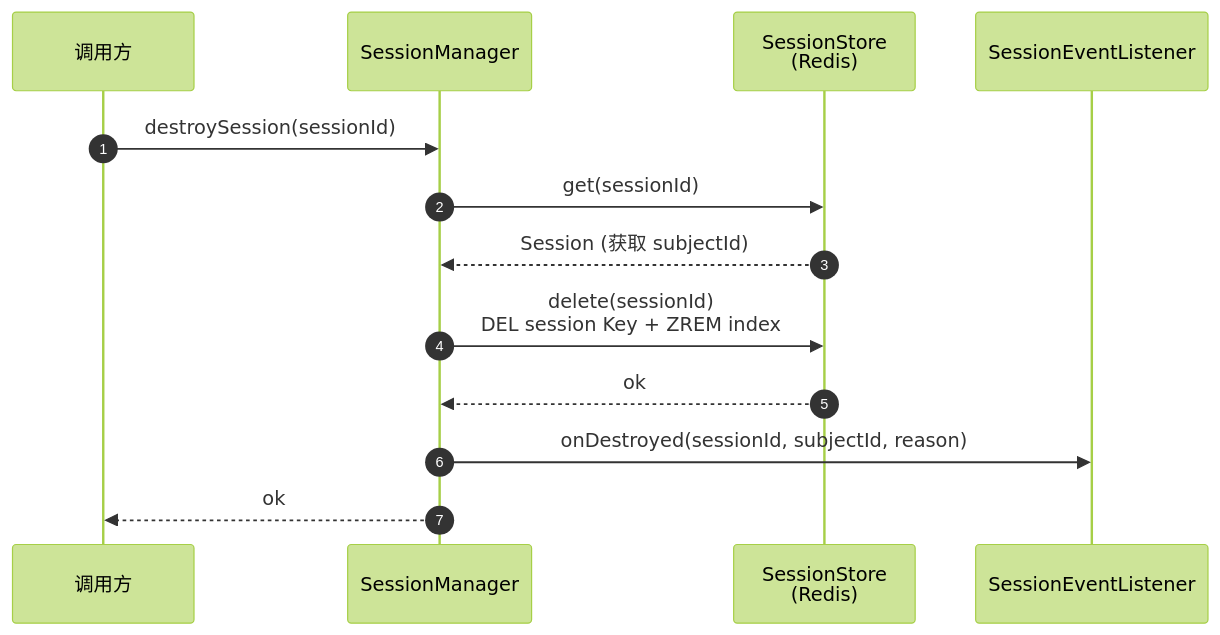
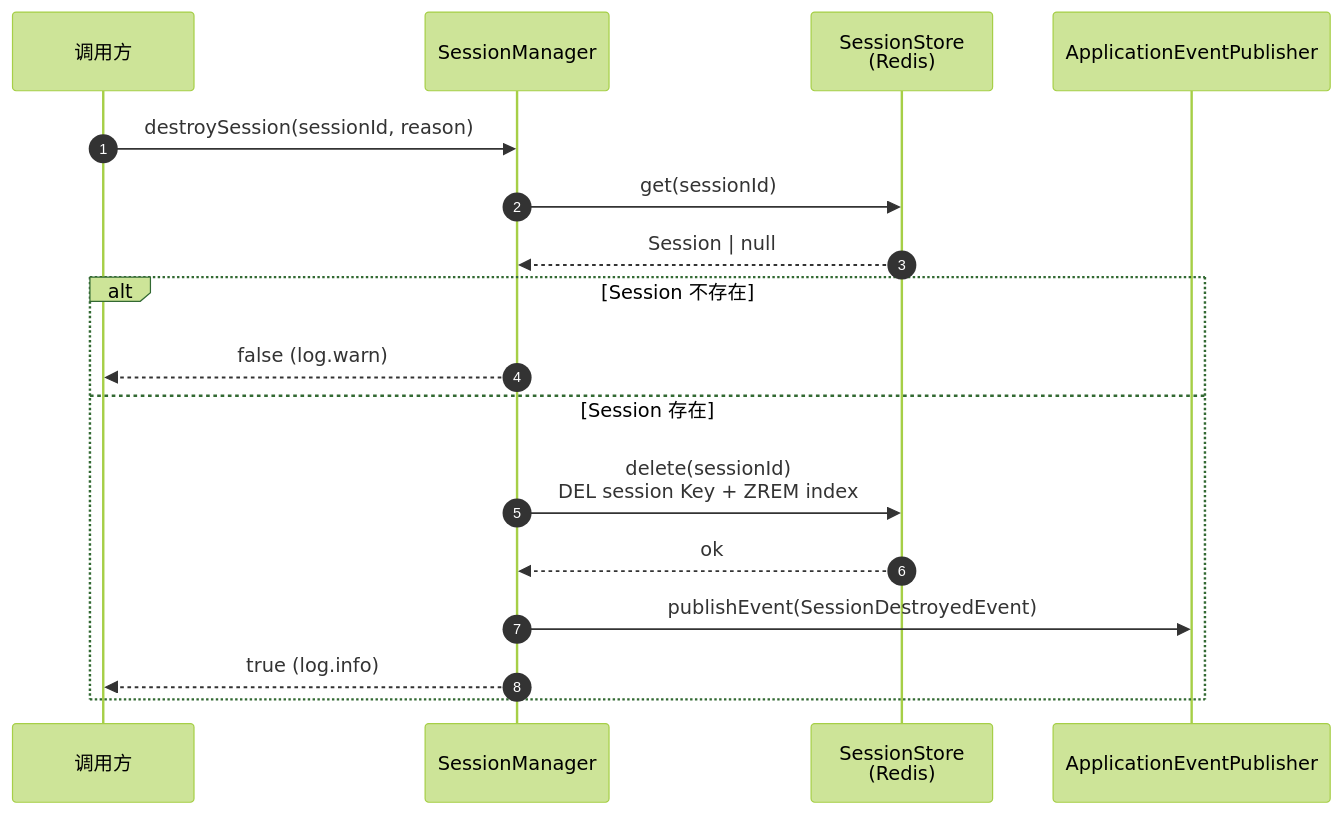
Before and after one commit to shrimp-group/sh-iam: the first of 2 diagrams in docs/design/stories/session/US-07-session-destroy.md, drawn with Mermaid (forest theme). The commit also changed other lines of this file and 5 other files, not shown here.

````diff
--- a/docs/design/stories/session/US-07-session-destroy.md
+++ b/docs/design/stories/session/US-07-session-destroy.md
@@ -41,15 +43,19 @@
 ```mermaid
 sequenceDiagram
     autonumber
     participant Caller as 调用方
     participant Manager as SessionManager
     participant Store as SessionStore<br/>(Redis)
-    participant Listener as SessionEventListener
-    Caller ->> Manager: destroySession(sessionId)
+    participant Publisher as ApplicationEventPublisher
+    Caller ->> Manager: destroySession(sessionId, reason)
     Manager ->> Store: get(sessionId)
-    Store -->> Manager: Session (获取 subjectId)
-    Manager ->> Store: delete(sessionId)<br/>DEL session Key + ZREM index
-    Store -->> Manager: ok
-    Manager ->> Listener: onDestroyed(sessionId, subjectId, reason)
-    Manager -->> Caller: ok
+    Store -->> Manager: Session | null
+    alt Session 不存在
+        Manager -->> Caller: false (log.warn)
+    else Session 存在
+        Manager ->> Store: delete(sessionId)<br/>DEL session Key + ZREM index
+        Store -->> Manager: ok
+        Manager ->> Publisher: publishEvent(SessionDestroyedEvent)
+        Manager -->> Caller: true (log.info)
+    end
 ```
````
